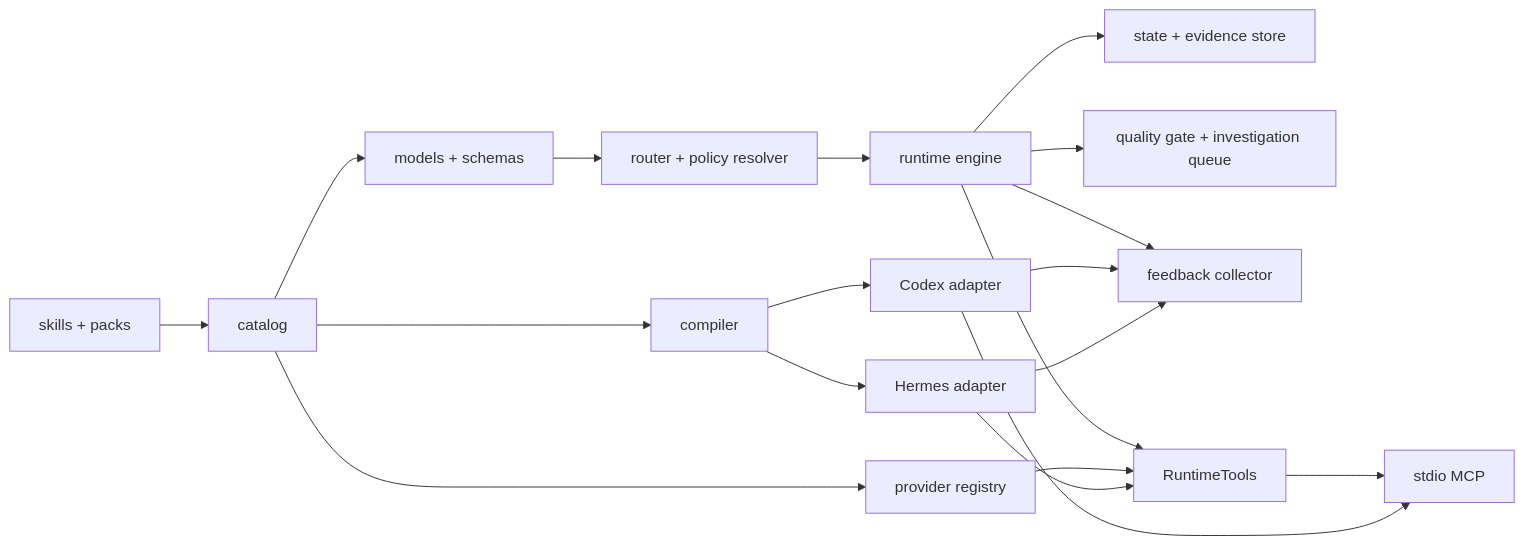
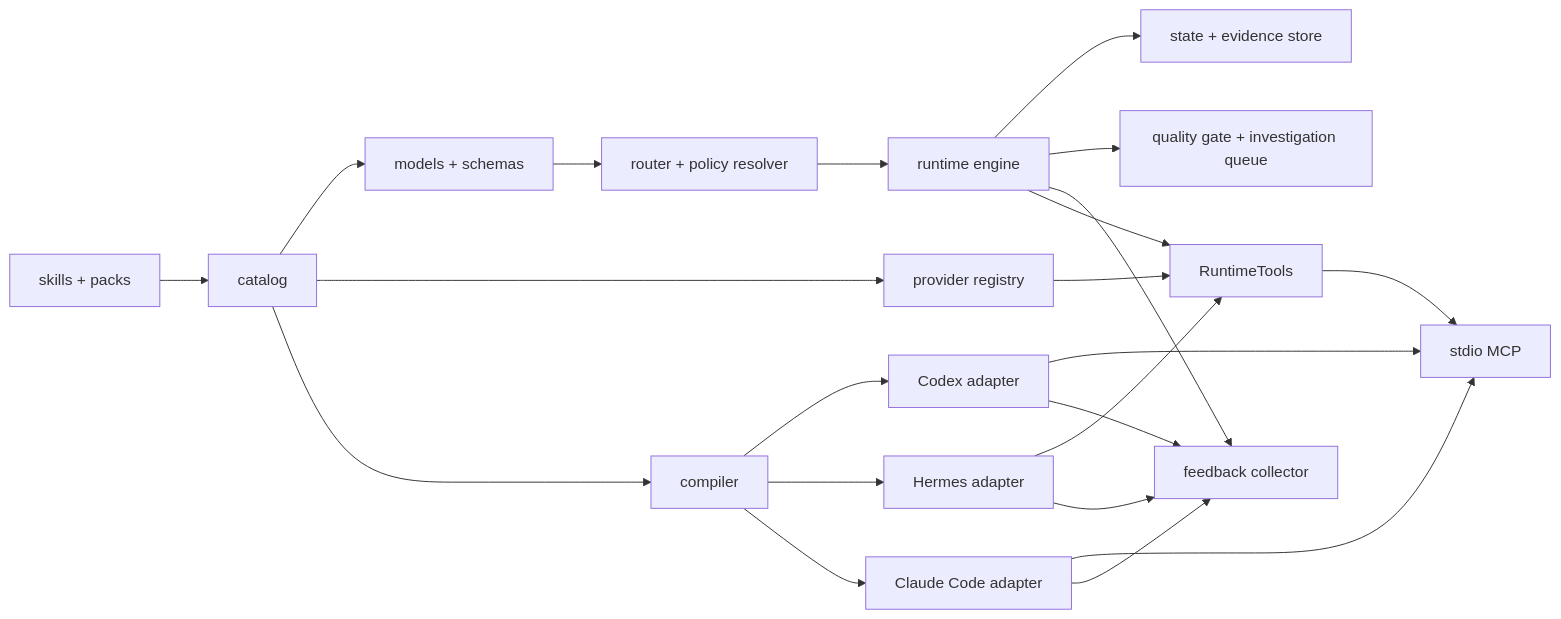
One commit to snbc-qihang/agent-skills changed the diagram in docs/architecture/overview.md. Above: the diagram before and after it, drawn with Mermaid. The commit also changed other lines of this file and 10 other files, not shown here.

````diff
--- a/docs/architecture/overview.md
+++ b/docs/architecture/overview.md
@@ -7,21 +7,24 @@
 ```mermaid
 flowchart LR
     A["skills + packs"] --> C["catalog"]
     C --> M["models + schemas"]
     C --> P["provider registry"]
     M --> R["router + policy resolver"]
     R --> E["runtime engine"]
     E --> S["state + evidence store"]
     E --> G["quality gate + investigation queue"]
     E --> F["feedback collector"]
     E --> T["RuntimeTools"]
     P --> T
     T --> Q["stdio MCP"]
     C --> B["compiler"]
     B --> X["Codex adapter"]
     B --> H["Hermes adapter"]
+    B --> L["Claude Code adapter"]
+    L --> Q
+    L --> F
     X --> Q
     H --> T
     X --> F
     H --> F
 ```
````
